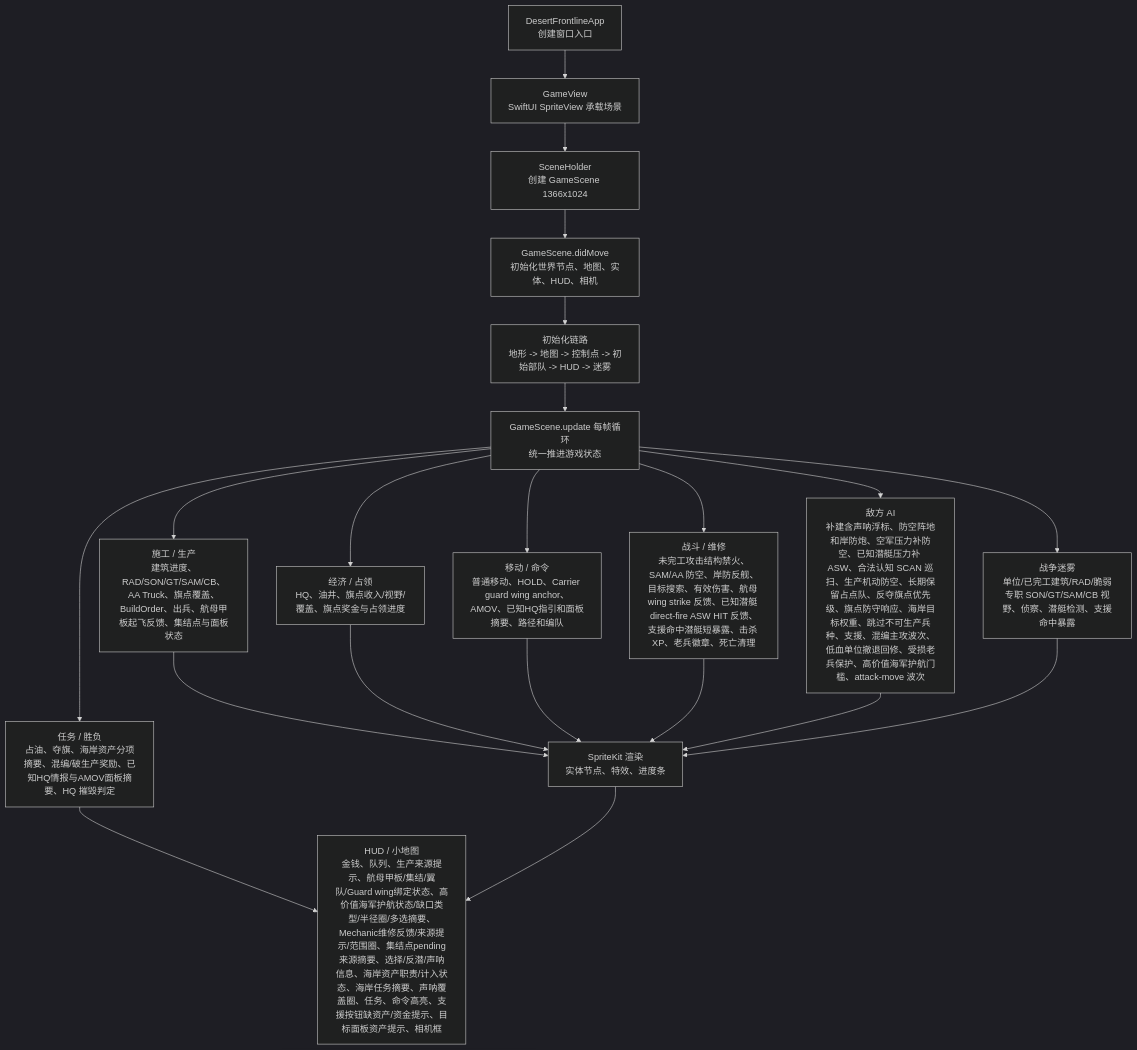
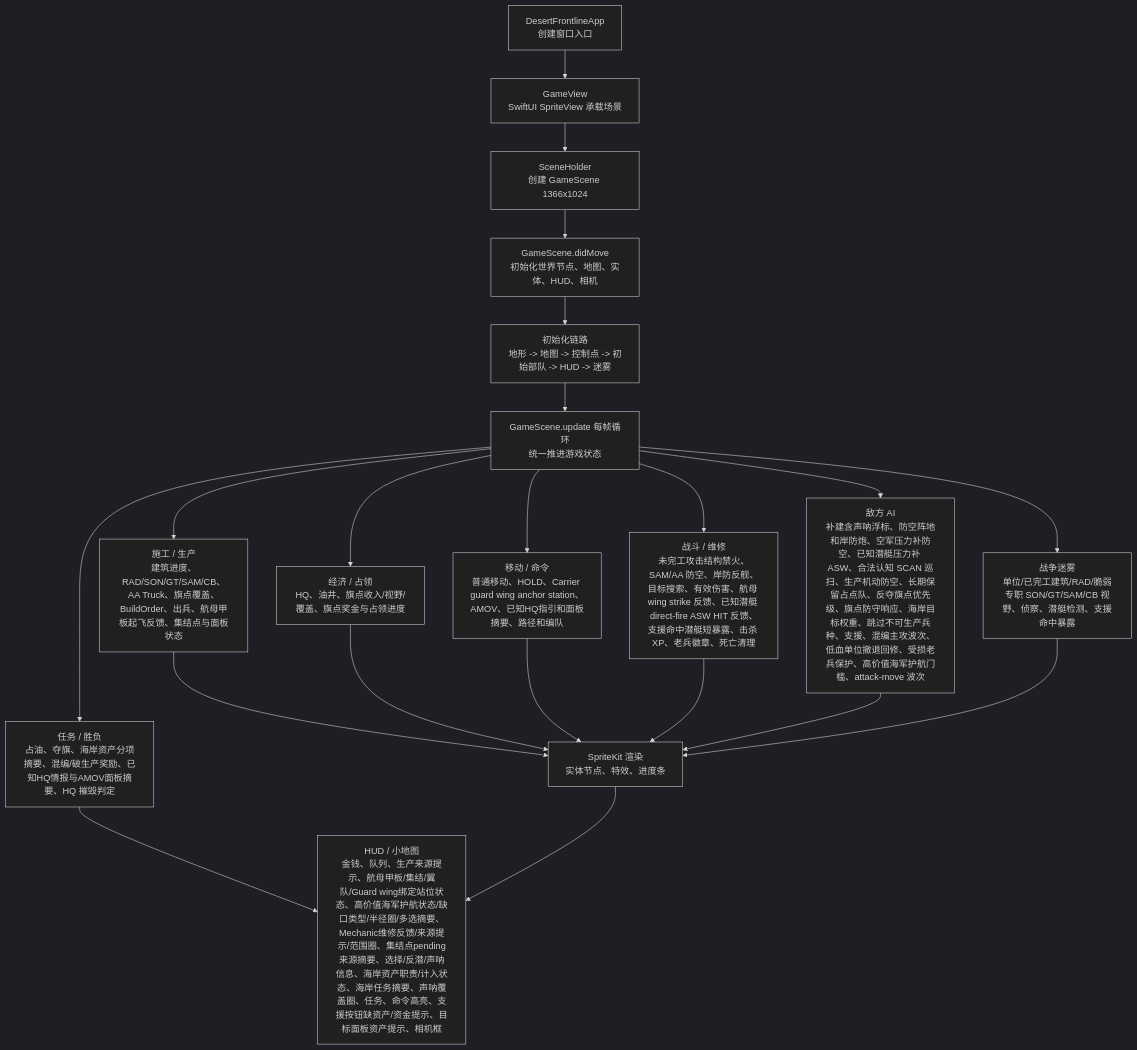
One commit to Altman-sam114/1145 changed the first of 3 diagrams in md/flow/flowchart.md. Above: the diagram before and after it, drawn with Mermaid (dark theme). The commit also changed other lines of this file and 4 other files, not shown here.

````diff
--- a/md/flow/flowchart.md
+++ b/md/flow/flowchart.md
@@ -9,23 +9,23 @@
 ```mermaid
 flowchart TD
   App["DesertFrontlineApp\n创建窗口入口"] --> View["GameView\nSwiftUI SpriteView 承载场景"]
   View --> Holder["SceneHolder\n创建 GameScene 1366x1024"]
   Holder --> Scene["GameScene.didMove\n初始化世界节点、地图、实体、HUD、相机"]
   Scene --> Init["初始化链路\n地形 -> 地图 -> 控制点 -> 初始部队 -> HUD -> 迷雾"]
   Init --> Loop["GameScene.update 每帧循环\n统一推进游戏状态"]
   Loop --> Build["施工 / 生产\n建筑进度、RAD/SON/GT/SAM/CB、AA Truck、旗点覆盖、BuildOrder、出兵、航母甲板起飞反馈、集结点与面板状态"]
   Loop --> Economy["经济 / 占领\nHQ、油井、旗点收入/视野/覆盖、旗点奖金与占领进度"]
-  Loop --> Commands["移动 / 命令\n普通移动、HOLD、Carrier guard wing anchor、AMOV、已知HQ指引和面板摘要、路径和编队"]
+  Loop --> Commands["移动 / 命令\n普通移动、HOLD、Carrier guard wing anchor station、AMOV、已知HQ指引和面板摘要、路径和编队"]
   Loop --> Combat["战斗 / 维修\n未完工攻击结构禁火、SAM/AA 防空、岸防反舰、目标搜索、有效伤害、航母 wing strike 反馈、已知潜艇 direct-fire ASW HIT 反馈、支援命中潜艇短暴露、击杀 XP、老兵徽章、死亡清理"]
   Loop --> AI["敌方 AI\n补建含声呐浮标、防空阵地和岸防炮、空军压力补防空、已知潜艇压力补 ASW、合法认知 SCAN 巡扫、生产机动防空、长期保留占点队、反夺旗点优先级、旗点防守响应、海岸目标权重、跳过不可生产兵种、支援、混编主攻波次、低血单位撤退回修、受损老兵保护、高价值海军护航门槛、attack-move 波次"]
   Loop --> Fog["战争迷雾\n单位/已完工建筑/RAD/脆弱专职 SON/GT/SAM/CB 视野、侦察、潜艇检测、支援命中暴露"]
   Loop --> Mission["任务 / 胜负\n占油、夺旗、海岸资产分项摘要、混编/破生产奖励、已知HQ情报与AMOV面板摘要、HQ 摧毁判定"]
   Build --> Render["SpriteKit 渲染\n实体节点、特效、进度条"]
   Economy --> Render
   Commands --> Render
   Combat --> Render
   AI --> Render
   Fog --> Render
-  Mission --> HUD["HUD / 小地图\n金钱、队列、生产来源提示、航母甲板/集结/翼队/Guard wing绑定状态、高价值海军护航状态/缺口类型/半径圈/多选摘要、Mechanic维修反馈/来源提示/范围圈、集结点pending来源摘要、选择/反潜/声呐信息、海岸资产职责/计入状态、海岸任务摘要、声呐覆盖圈、任务、命令高亮、支援按钮缺资产/资金提示、目标面板资产提示、相机框"]
+  Mission --> HUD["HUD / 小地图\n金钱、队列、生产来源提示、航母甲板/集结/翼队/Guard wing绑定站位状态、高价值海军护航状态/缺口类型/半径圈/多选摘要、Mechanic维修反馈/来源提示/范围圈、集结点pending来源摘要、选择/反潜/声呐信息、海岸资产职责/计入状态、海岸任务摘要、声呐覆盖圈、任务、命令高亮、支援按钮缺资产/资金提示、目标面板资产提示、相机框"]
   Render --> HUD
 ```
````
